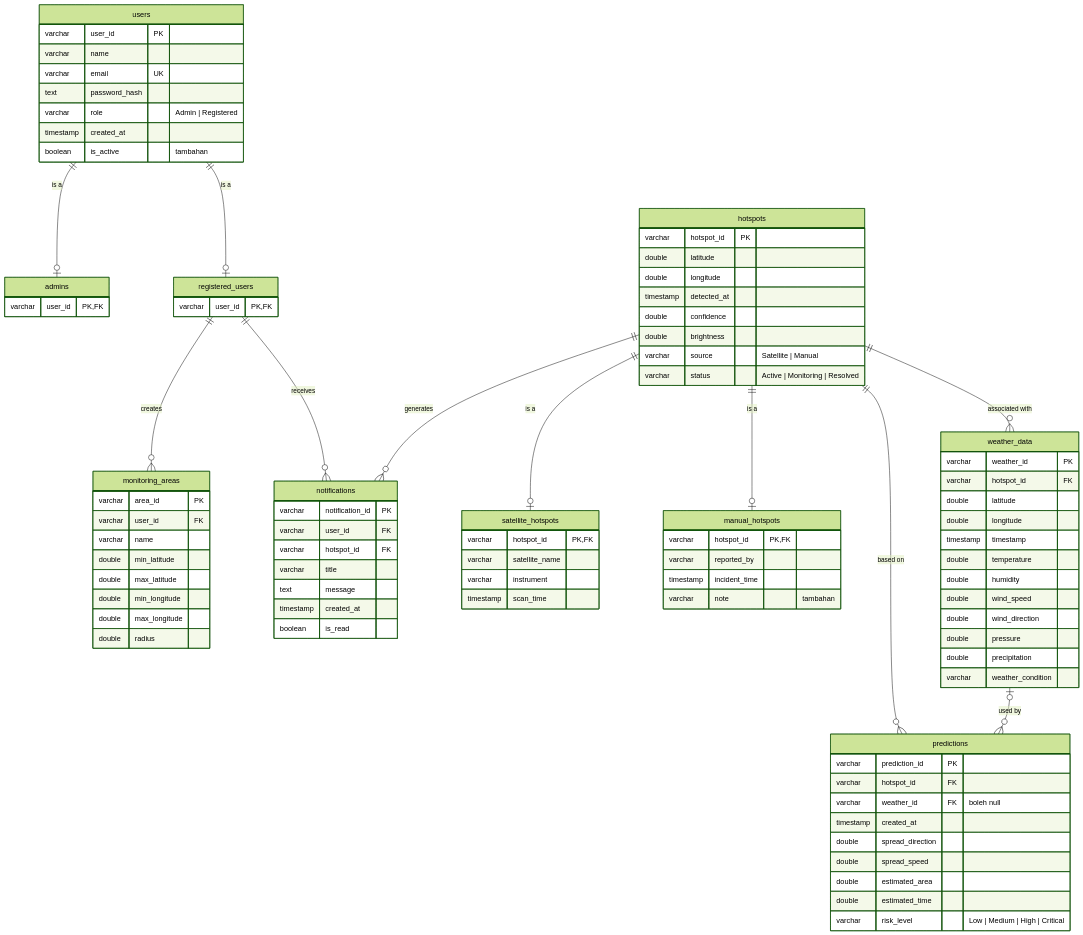
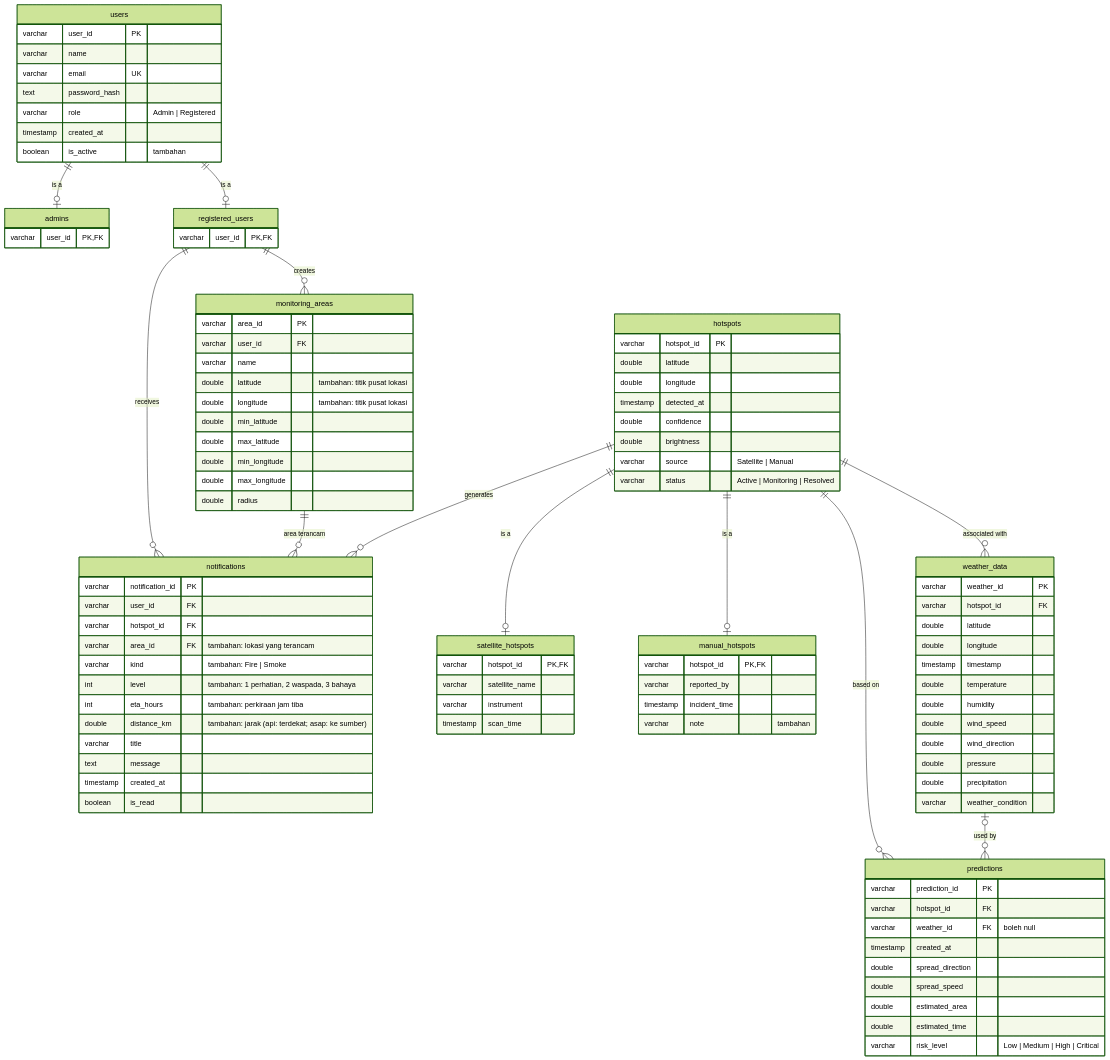
Before and after one commit to Palupifitrianingrum/Ignis: the diagram in docs/database.md, drawn with Mermaid (forest theme). The commit also changed other lines of this file and 58 other files, not shown here.

```diff
--- a/docs/database.md
+++ b/docs/database.md
@@ -21,6 +21,7 @@
     users ||--o| registered_users : "is a"
     registered_users ||--o{ monitoring_areas : creates
     registered_users ||--o{ notifications : receives
+    monitoring_areas ||--o{ notifications : "area terancam"
     hotspots ||--o| satellite_hotspots : "is a"
     hotspots ||--o| manual_hotspots : "is a"
     hotspots ||--o{ notifications : generates
@@ -47,6 +48,8 @@
         varchar area_id PK
         varchar user_id FK
         varchar name
+        double latitude "tambahan: titik pusat lokasi"
+        double longitude "tambahan: titik pusat lokasi"
         double min_latitude
         double max_latitude
         double min_longitude
@@ -79,6 +82,11 @@
         varchar notification_id PK
         varchar user_id FK
         varchar hotspot_id FK
+        varchar area_id FK "tambahan: lokasi yang terancam"
+        varchar kind "tambahan: Fire | Smoke"
+        int level "tambahan: 1 perhatian, 2 waspada, 3 bahaya"
+        int eta_hours "tambahan: perkiraan jam tiba"
+        double distance_km "tambahan: jarak (api: terdekat; asap: ke sumber)"
         varchar title
         text message
         timestamp created_at
```
